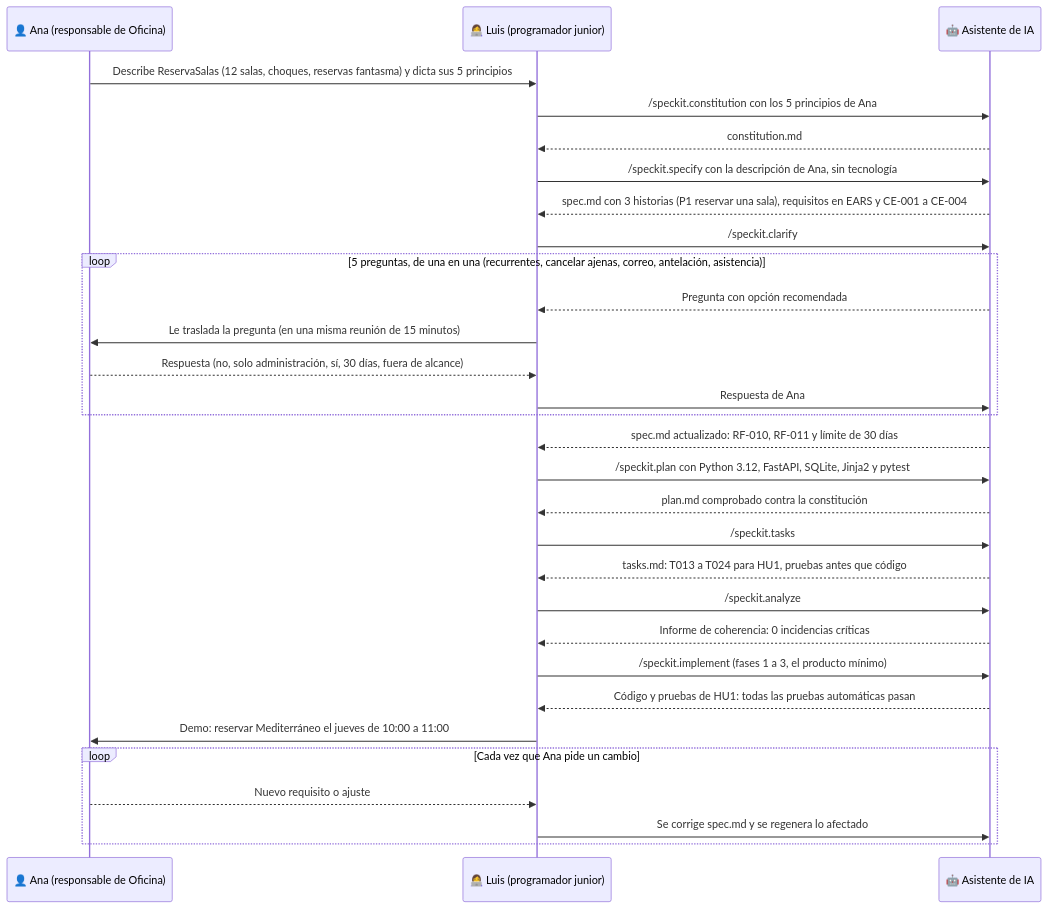
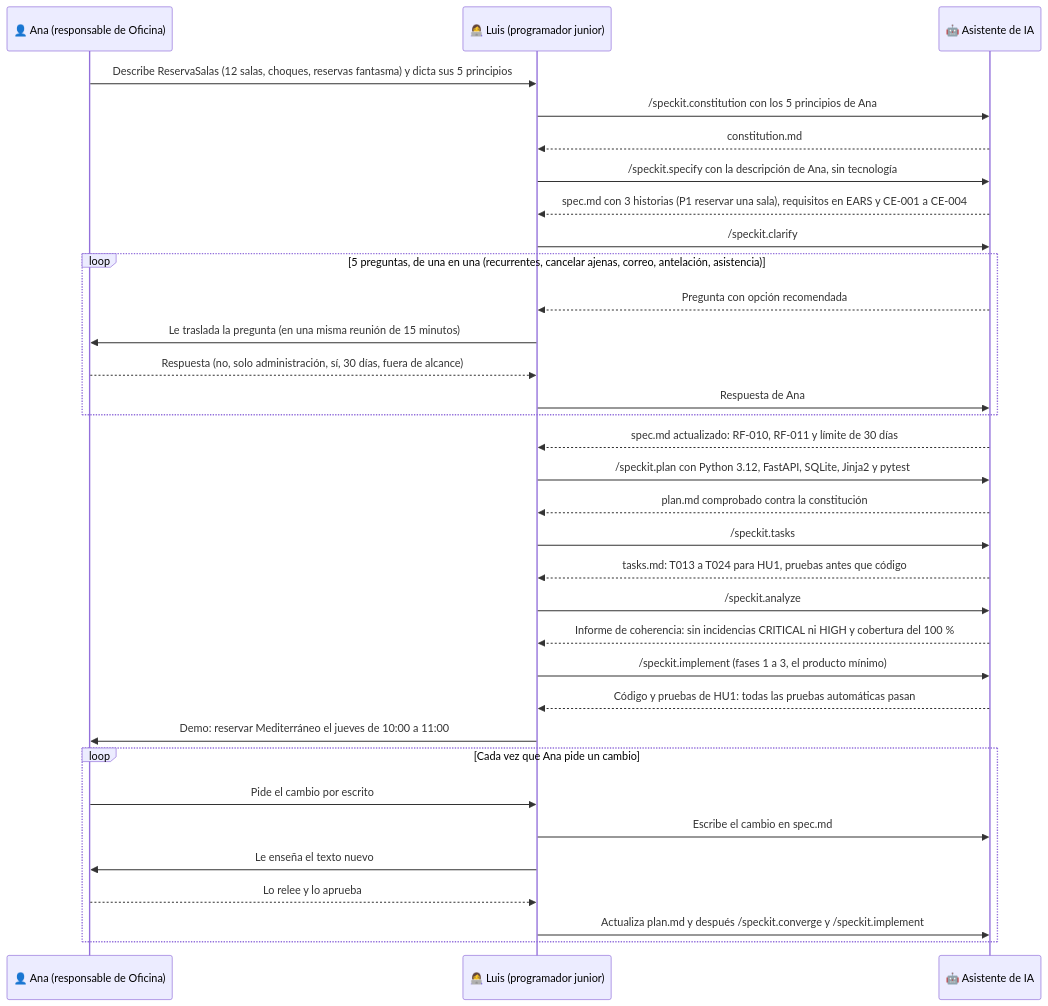
Before and after one commit to antroc/charla-sdd: the second of 2 diagrams in diagramas/02-flujo-completo-sdd.md, drawn with Mermaid. The commit also changed other lines of this file and 43 other files, not shown here.

````diff
--- a/diagramas/02-flujo-completo-sdd.md
+++ b/diagramas/02-flujo-completo-sdd.md
@@ -81,32 +81,35 @@
 ```mermaid
 sequenceDiagram
   participant Ana as 👤 Ana (responsable de Oficina)
   participant Luis as 👩‍💻 Luis (programador junior)
   participant IA as 🤖 Asistente de IA
   Ana->>Luis: Describe ReservaSalas (12 salas, choques, reservas fantasma) y dicta sus 5 principios
   Luis->>IA: /speckit.constitution con los 5 principios de Ana
   IA-->>Luis: constitution.md
   Luis->>IA: /speckit.specify con la descripción de Ana, sin tecnología
   IA-->>Luis: spec.md con 3 historias (P1 reservar una sala), requisitos en EARS y CE-001 a CE-004
   Luis->>IA: /speckit.clarify
   loop 5 preguntas, de una en una (recurrentes, cancelar ajenas, correo, antelación, asistencia)
     IA-->>Luis: Pregunta con opción recomendada
     Luis->>Ana: Le traslada la pregunta (en una misma reunión de 15 minutos)
     Ana-->>Luis: Respuesta (no, solo administración, sí, 30 días, fuera de alcance)
     Luis->>IA: Respuesta de Ana
   end
   IA-->>Luis: spec.md actualizado: RF-010, RF-011 y límite de 30 días
   Luis->>IA: /speckit.plan con Python 3.12, FastAPI, SQLite, Jinja2 y pytest
   IA-->>Luis: plan.md comprobado contra la constitución
   Luis->>IA: /speckit.tasks
   IA-->>Luis: tasks.md: T013 a T024 para HU1, pruebas antes que código
   Luis->>IA: /speckit.analyze
-  IA-->>Luis: Informe de coherencia: 0 incidencias críticas
+  IA-->>Luis: Informe de coherencia: sin incidencias CRITICAL ni HIGH y cobertura del 100 %
   Luis->>IA: /speckit.implement (fases 1 a 3, el producto mínimo)
   IA-->>Luis: Código y pruebas de HU1: todas las pruebas automáticas pasan
   Luis->>Ana: Demo: reservar Mediterráneo el jueves de 10:00 a 11:00
   loop Cada vez que Ana pide un cambio
-    Ana-->>Luis: Nuevo requisito o ajuste
-    Luis->>IA: Se corrige spec.md y se regenera lo afectado
+    Ana->>Luis: Pide el cambio por escrito
+    Luis->>IA: Escribe el cambio en spec.md
+    Luis->>Ana: Le enseña el texto nuevo
+    Ana-->>Luis: Lo relee y lo aprueba
+    Luis->>IA: Actualiza plan.md y después /speckit.converge y /speckit.implement
   end
 ```
````
